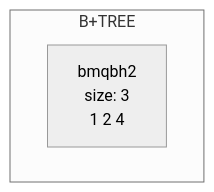
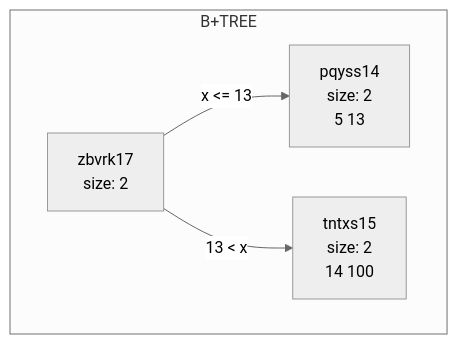
The first of 2 diagrams in data/chart.md (shiridikumar/phase1_dup), drawn with Mermaid (neutral theme) before and after one commit. The commit also changed other lines of this file and 17 other files, not shown here.

````diff
--- a/data/chart.md
+++ b/data/chart.md
@@ -1,6 +1,10 @@
 ```mermaid
 graph TD
 subgraph B+TREE
-bmqbh2[bmqbh2<br/>size: 3<br/>1 2 4 ]
+zbvrk17[zbvrk17<br/>size: 2<br/>]
+pqyss14[pqyss14<br/>size: 2<br/>5 13 ]
+zbvrk17-->|x <= 13|pqyss14
+tntxs15[tntxs15<br/>size: 2<br/>14 100 ]
+zbvrk17-->|13 < x|tntxs15
 end
 ```
````
